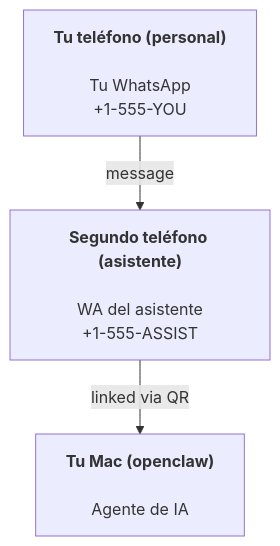
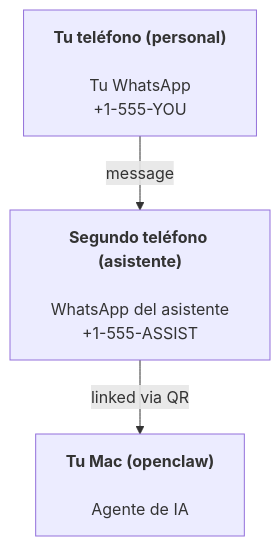
The diagram in docs/es/start/openclaw.md (openclaw/docs), drawn with Mermaid before and after one commit. The commit also changed other lines of this file and 693 other files, not shown here.

````diff
--- a/docs/es/start/openclaw.md
+++ b/docs/es/start/openclaw.md
@@ -41,5 +42,5 @@
 ```mermaid
 flowchart TB
-    A["<b>Tu teléfono (personal)<br></b><br>Tu WhatsApp<br>+1-555-YOU"] -- message --> B["<b>Segundo teléfono (asistente)<br></b><br>WA del asistente<br>+1-555-ASSIST"]
+    A["<b>Tu teléfono (personal)<br></b><br>Tu WhatsApp<br>+1-555-YOU"] -- message --> B["<b>Segundo teléfono (asistente)<br></b><br>WhatsApp del asistente<br>+1-555-ASSIST"]
     B -- linked via QR --> C["<b>Tu Mac (openclaw)<br></b><br>Agente de IA"]
 ```
````
